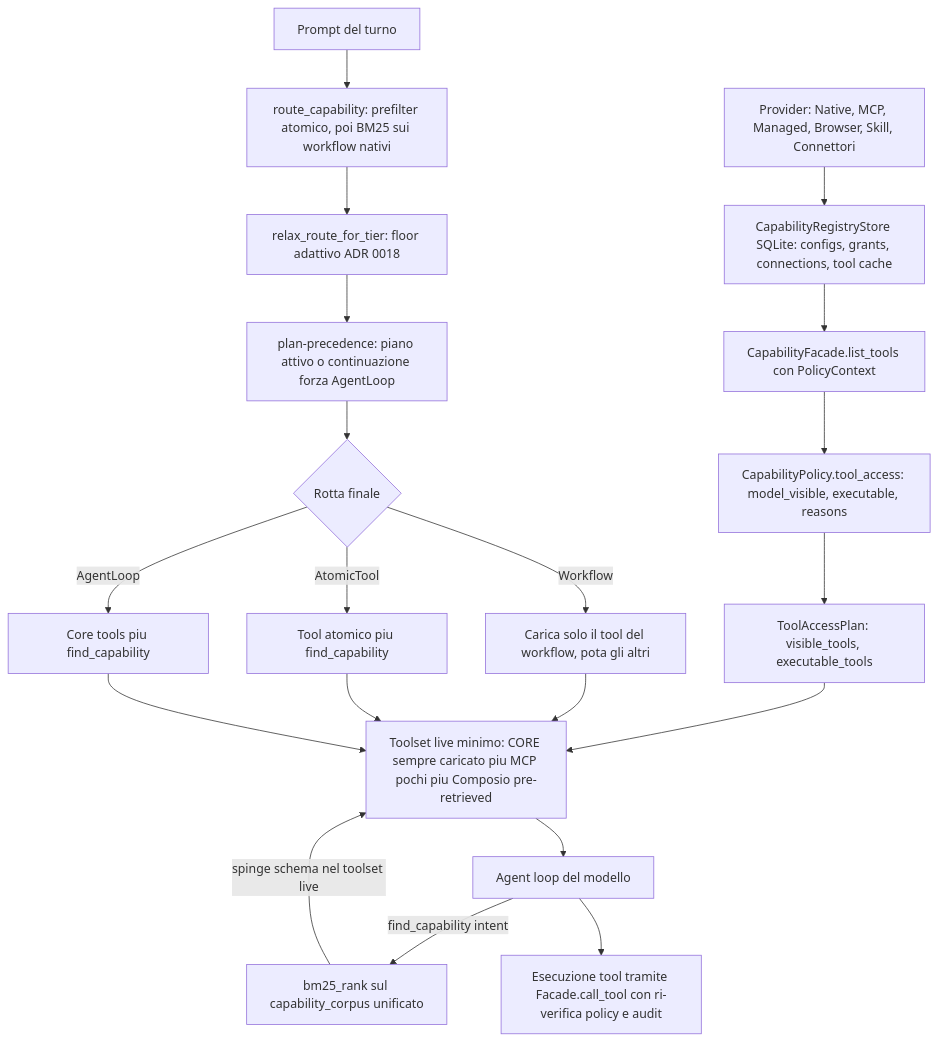
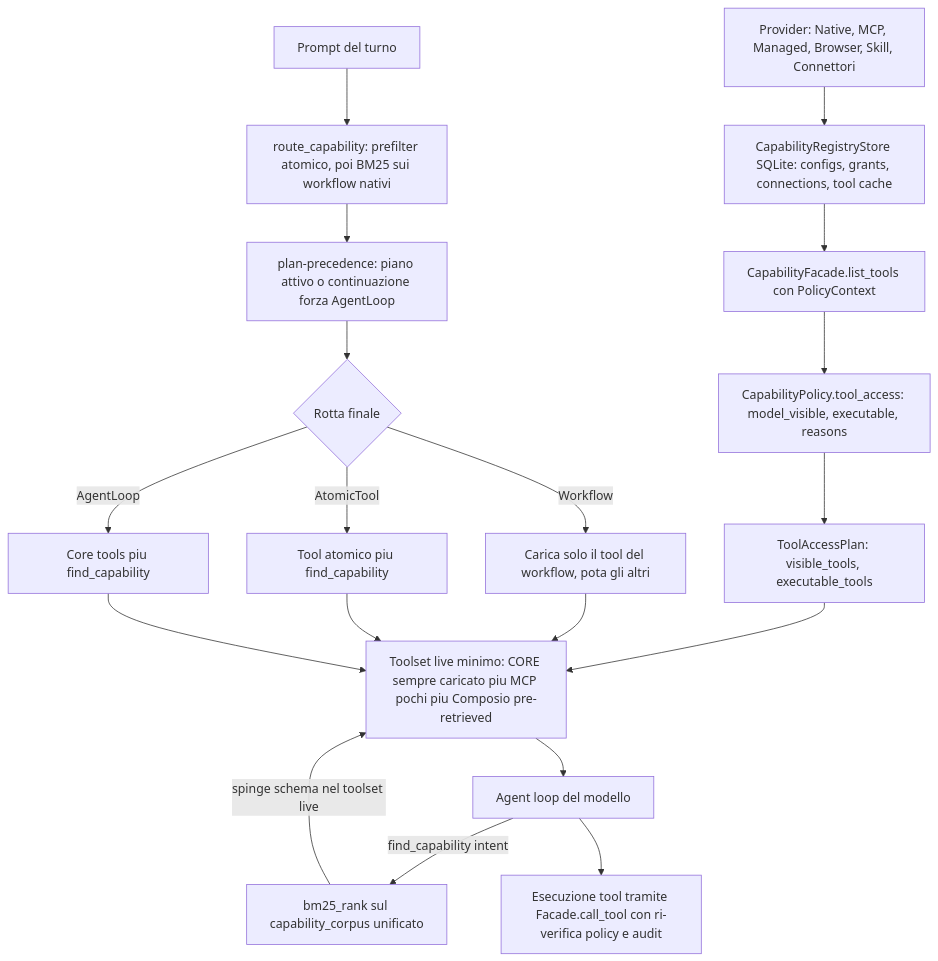
Before and after one commit to homun-app/homun-core: the diagram in docs/architecture/capability-registry.md, drawn with Mermaid. The commit also changed other lines of this file and 16 other files, not shown here.

Commit message:
refactor(agent-loop): remove adaptive scaffolding floor

````diff
--- a/docs/architecture/capability-registry.md
+++ b/docs/architecture/capability-registry.md
@@ -199,26 +193,25 @@
 ```mermaid
 flowchart TD
     A[Provider: Native, MCP, Managed, Browser, Skill, Connettori] --> B[CapabilityRegistryStore SQLite: configs, grants, connections, tool cache]
     B --> C[CapabilityFacade.list_tools con PolicyContext]
     C --> D[CapabilityPolicy.tool_access: model_visible, executable, reasons]
     D --> E[ToolAccessPlan: visible_tools, executable_tools]
 
     P[Prompt del turno] --> R[route_capability: prefilter atomico, poi BM25 sui workflow nativi]
-    R --> F1[relax_route_for_tier: floor adattivo ADR 0018]
-    F1 --> F2[plan-precedence: piano attivo o continuazione forza AgentLoop]
+    R --> F2[plan-precedence: piano attivo o continuazione forza AgentLoop]
     F2 --> G{Rotta finale}
 
     G -->|Workflow| H[Carica solo il tool del workflow, pota gli altri]
     G -->|AtomicTool| I[Tool atomico piu find_capability]
     G -->|AgentLoop| J[Core tools piu find_capability]
 
     E --> K[Toolset live minimo: CORE sempre caricato piu MCP pochi piu Composio pre-retrieved]
     H --> K
     I --> K
     J --> K
 
     K --> L[Agent loop del modello]
     L -->|find_capability intent| M[bm25_rank sul capability_corpus unificato]
     M -->|spinge schema nel toolset live| K
     L --> N[Esecuzione tool tramite Facade.call_tool con ri-verifica policy e audit]
 ```
````
